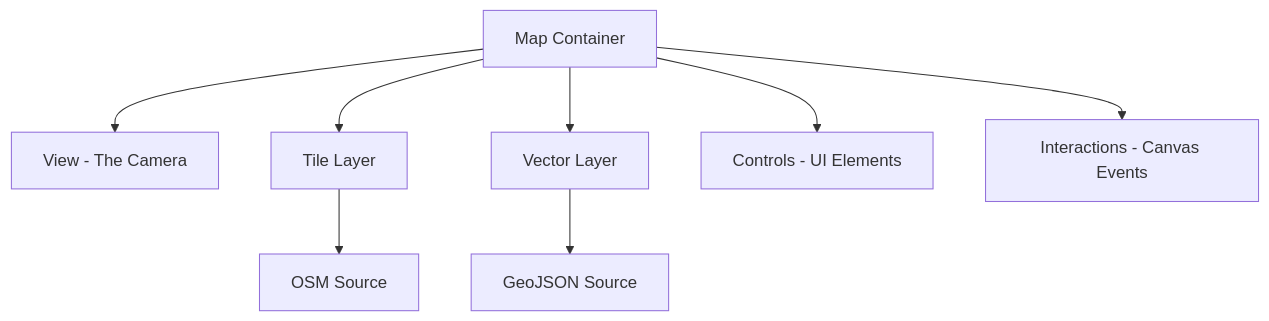
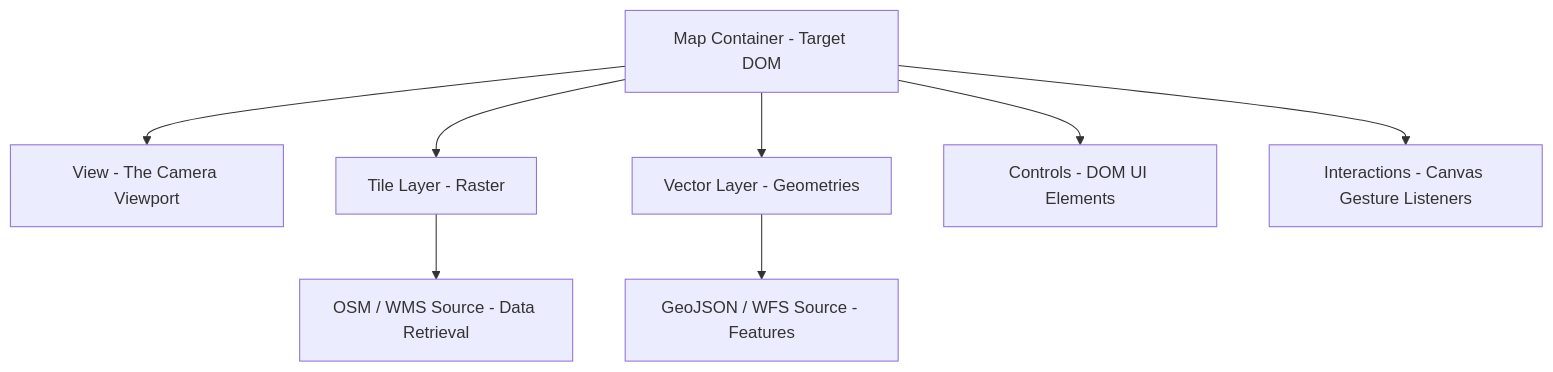
The diagram in docs/module-1.md (Rotten-Grapes-Pvt-Ltd/Trainings-openlayers), drawn with Mermaid before and after one commit. The commit also changed other lines of this file and 7 other files, not shown here.

Commit message:
Enhance Module 7 and Module 8: Expand offline GIS concepts, introduce PMTiles, and develop a comprehensive Web GIS application with GeoServer integration, dynamic styling, and interactive features.

````diff
--- a/docs/module-1.md
+++ b/docs/module-1.md
@@ -11,10 +42,10 @@
 ```mermaid
 graph TD
-    Map[Map Container] --> View[View - The Camera]
-    Map --> Layer1[Tile Layer]
-    Map --> Layer2[Vector Layer]
-    Layer1 --> Source1[OSM Source]
-    Layer2 --> Source2[GeoJSON Source]
-    Map --> Control[Controls - UI Elements]
-    Map --> Interaction[Interactions - Canvas Events]
+    Map[Map Container - Target DOM] --> View[View - The Camera Viewport]
+    Map --> Layer1[Tile Layer - Raster]
+    Map --> Layer2[Vector Layer - Geometries]
+    Layer1 --> Source1[OSM / WMS Source - Data Retrieval]
+    Layer2 --> Source2[GeoJSON / WFS Source - Features]
+    Map --> Control[Controls - DOM UI Elements]
+    Map --> Interaction[Interactions - Canvas Gesture Listeners]
 ```
````
